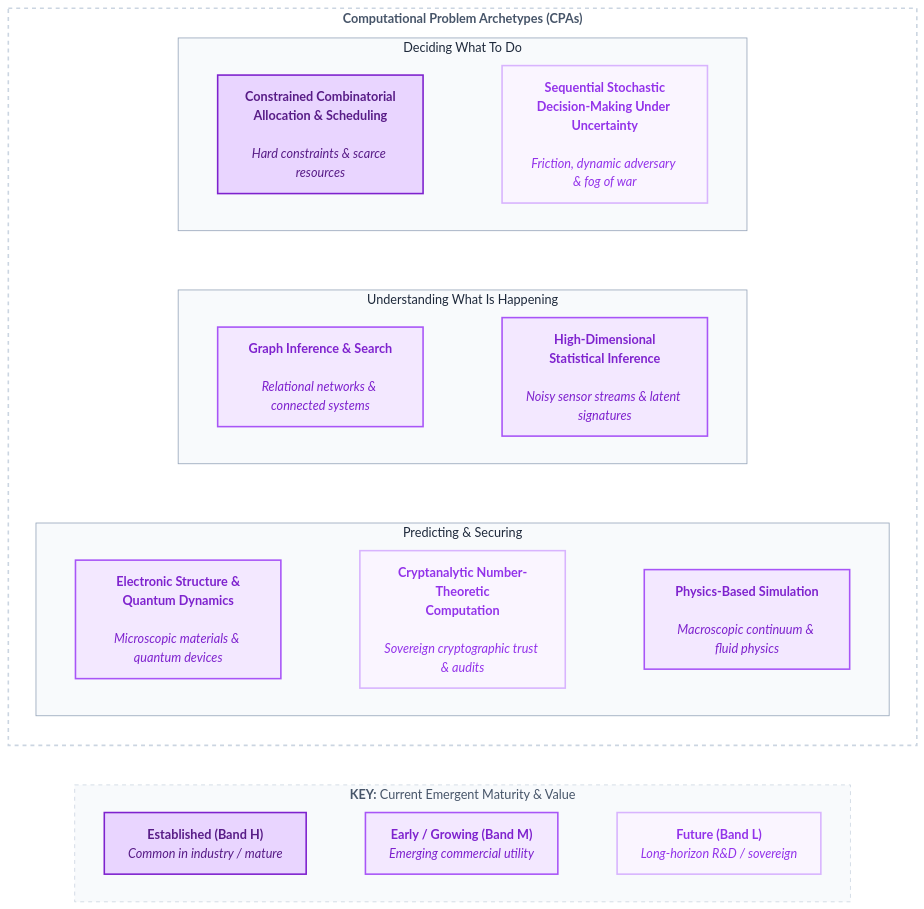
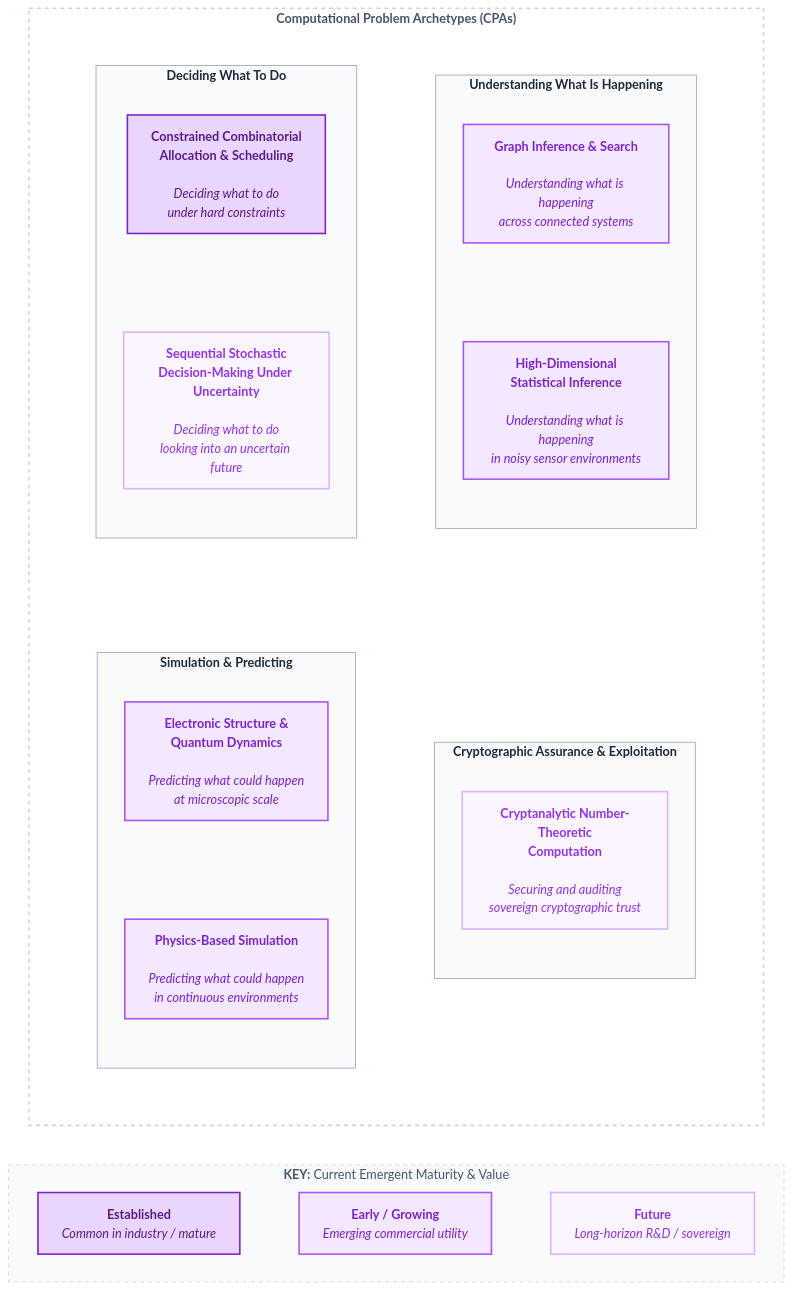
Before and after one commit to baddogdown/knowledge: the second of 6 diagrams in quantum/The_Emergent_Algorithmic_Bridge.md, drawn with Mermaid. The commit also changed other lines of this file, not shown here.

Commit message:
merging CKFs / CPAs into algo bridge - fixing bad agy update

````diff
--- a/quantum/The_Emergent_Algorithmic_Bridge.md
+++ b/quantum/The_Emergent_Algorithmic_Bridge.md
@@ -125,52 +125,71 @@
 ```mermaid
 flowchart TB
 
     subgraph CPAS ["<b>Computational Problem Archetypes (CPAs)</b>"]
         direction TB
-        subgraph DECIDE ["Deciding What To Do"]
+        
+        %% Top Row (2 Boxes)
+        subgraph ROW1 [" "]
             direction LR
-            CPA1["<b>Constrained Combinatorial<br/>Allocation & Scheduling</b><br/><br/><i>Hard constraints & scarce resources</i>"]
-            CPA2["<b>Sequential Stochastic<br/>Decision-Making Under Uncertainty</b><br/><br/><i>Friction, dynamic adversary & fog of war</i>"]
-            CPA1 ~~~ CPA2
+            subgraph G1 ["<b>Deciding What To Do</b>"]
+                direction TB
+                CPA1["<b>Constrained Combinatorial<br/>Allocation & Scheduling</b><br/><br/><i>Deciding what to do<br/>under hard constraints</i>"]
+                CPA2["<b>Sequential Stochastic<br/>Decision-Making Under Uncertainty</b><br/><br/><i>Deciding what to do<br/>looking into an uncertain future</i>"]
+                CPA1 ~~~ CPA2
+            end
+            subgraph G2 ["<b>Understanding What Is Happening</b>"]
+                direction TB
+                CPA3["<b>Graph Inference & Search</b><br/><br/><i>Understanding what is happening<br/>across connected systems</i>"]
+                CPA4["<b>High-Dimensional<br/>Statistical Inference</b><br/><br/><i>Understanding what is happening<br/>in noisy sensor environments</i>"]
+                CPA3 ~~~ CPA4
+            end
+            G1 ~~~ G2
         end
-        subgraph UNDERSTAND ["Understanding What Is Happening"]
+
+        %% Bottom Row (2 Boxes)
+        subgraph ROW2 [" "]
             direction LR
-            CPA3["<b>Graph Inference & Search</b><br/><br/><i>Relational networks & connected systems</i>"]
-            CPA4["<b>High-Dimensional<br/>Statistical Inference</b><br/><br/><i>Noisy sensor streams & latent signatures</i>"]
-            CPA3 ~~~ CPA4
+            subgraph G3 ["<b>Simulation & Predicting</b>"]
+                direction TB
+                CPA5["<b>Electronic Structure &<br/>Quantum Dynamics</b><br/><br/><i>Predicting what could happen<br/>at microscopic scale</i>"]
+                CPA7["<b>Physics-Based Simulation</b><br/><br/><i>Predicting what could happen<br/>in continuous environments</i>"]
+                CPA5 ~~~ CPA7
+            end
+            subgraph G4 ["<b>Cryptographic Assurance & Exploitation</b>"]
+                direction TB
+                CPA6["<b>Cryptanalytic Number-Theoretic<br/>Computation</b><br/><br/><i>Securing and auditing<br/>sovereign cryptographic trust</i>"]
+            end
+            G3 ~~~ G4
         end
-        subgraph PREDICT ["Predicting & Securing"]
-            direction LR
-            CPA5["<b>Electronic Structure &<br/>Quantum Dynamics</b><br/><br/><i>Microscopic materials & quantum devices</i>"]
-            CPA6["<b>Cryptanalytic Number-Theoretic<br/>Computation</b><br/><br/><i>Sovereign cryptographic trust & audits</i>"]
-            CPA7["<b>Physics-Based Simulation</b><br/><br/><i>Macroscopic continuum & fluid physics</i>"]
-            CPA5 ~~~ CPA6 ~~~ CPA7
-        end
-        DECIDE ~~~ UNDERSTAND ~~~ PREDICT
+
+        ROW1 ~~~ ROW2
     end
 
     subgraph KEY ["<b>KEY:</b> Current Emergent Maturity & Value"]
         direction LR
-        K1["<b>Established (Band H)</b><br/><i>Common in industry / mature</i>"]
-        K2["<b>Early / Growing (Band M)</b><br/><i>Emerging commercial utility</i>"]
-        K3["<b>Future (Band L)</b><br/><i>Long-horizon R&D / sovereign</i>"]
+        K1["<b>Established</b><br/><i>Common in industry / mature</i>"]
+        K2["<b>Early / Growing</b><br/><i>Emerging commercial utility</i>"]
+        K3["<b>Future</b><br/><i>Long-horizon R&D / sovereign</i>"]
         K1 ~~~ K2 ~~~ K3
     end
 
     CPAS ~~~ KEY
 
     %% Styling Classes for Maturity
     classDef strong fill:#e9d5ff,stroke:#7e22ce,stroke-width:2px,color:#581c87
     classDef medium fill:#f3e8ff,stroke:#a855f7,stroke-width:2px,color:#7e22ce
     classDef weak fill:#faf5ff,stroke:#d8b4fe,stroke-width:2px,color:#9333ea
 
     class CPA1,K1 strong
     class CPA3,CPA4,CPA5,CPA7,K2 medium
     class CPA2,CPA6,K3 weak
 
     style CPAS fill:#ffffff,stroke:#cbd5e1,stroke-width:2px,stroke-dasharray: 5 5,color:#475569
-    style DECIDE fill:#f8fafc,stroke:#94a3b8,stroke-width:1px,color:#1e293b
-    style UNDERSTAND fill:#f8fafc,stroke:#94a3b8,stroke-width:1px,color:#1e293b
-    style PREDICT fill:#f8fafc,stroke:#94a3b8,stroke-width:1px,color:#1e293b
+    style ROW1 fill:none,stroke:none
+    style ROW2 fill:none,stroke:none
+    style G1 fill:#f8fafc,stroke:#94a3b8,stroke-width:1px,color:#1e293b
+    style G2 fill:#f8fafc,stroke:#94a3b8,stroke-width:1px,color:#1e293b
+    style G3 fill:#f8fafc,stroke:#94a3b8,stroke-width:1px,color:#1e293b
+    style G4 fill:#f8fafc,stroke:#94a3b8,stroke-width:1px,color:#1e293b
     style KEY fill:#f8fafc,stroke:#cbd5e1,stroke-width:1px,stroke-dasharray: 5 5,color:#475569
 ```
````
